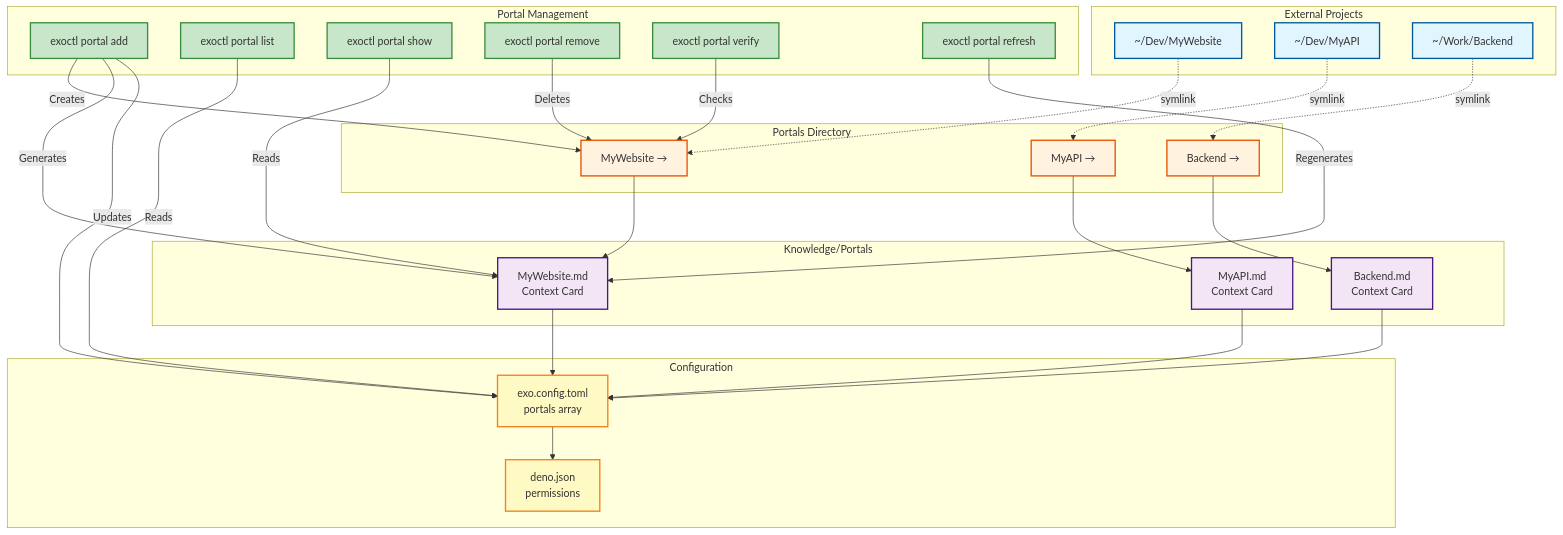
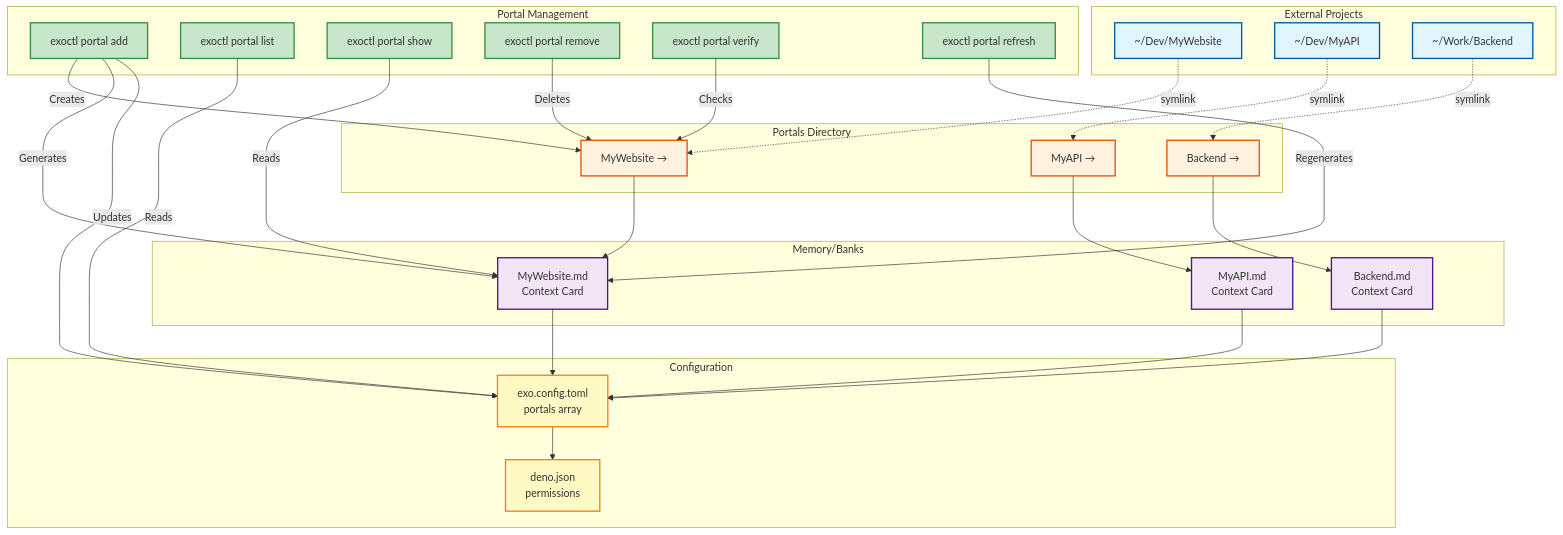
One commit to dostark/exoframe-public changed diagram 11 of 14 in docs/ExoFrame_Architecture.md. Above: the diagram before and after it, drawn with Mermaid. The commit also changed other lines of this file and 64 other files, not shown here.

First line of the commit message:
feat(memory): implement Phase 12 — Obsidian retirement & Memory Banks migration

````diff
--- a/docs/ExoFrame_Architecture.md
+++ b/docs/ExoFrame_Architecture.md
@@ -743,68 +743,68 @@
 ```mermaid
 graph TB
     subgraph External["External Projects"]
         Proj1[~/Dev/MyWebsite]
         Proj2[~/Dev/MyAPI]
         Proj3[~/Work/Backend]
     end
 
     subgraph Portals["Portals Directory"]
         Link1[MyWebsite →]
         Link2[MyAPI →]
         Link3[Backend →]
     end
 
-    subgraph Knowledge["Knowledge/Portals"]
+    subgraph Memory["Memory/Banks"]
         Card1[MyWebsite.md<br/>Context Card]
         Card2[MyAPI.md<br/>Context Card]
         Card3[Backend.md<br/>Context Card]
     end
 
     subgraph Config["Configuration"]
         TOML[exo.config.toml<br/>portals array]
         Deno[deno.json<br/>permissions]
     end
 
     subgraph CLI["Portal Management"]
         Add[exoctl portal add]
         List[exoctl portal list]
         Show[exoctl portal show]
         Remove[exoctl portal remove]
         Verify[exoctl portal verify]
         Refresh[exoctl portal refresh]
     end
 
     Proj1 -.symlink.-> Link1
     Proj2 -.symlink.-> Link2
     Proj3 -.symlink.-> Link3
 
     Link1 --> Card1
     Link2 --> Card2
     Link3 --> Card3
 
     Card1 --> TOML
     Card2 --> TOML
     Card3 --> TOML
     TOML --> Deno
 
     Add -->|Creates| Link1
     Add -->|Generates| Card1
     Add -->|Updates| TOML
     List -->|Reads| TOML
     Show -->|Reads| Card1
     Remove -->|Deletes| Link1
     Verify -->|Checks| Link1
     Refresh -->|Regenerates| Card1
 
     classDef external fill:#e1f5ff,stroke:#01579b,stroke-width:2px
     classDef portal fill:#fff3e0,stroke:#e65100,stroke-width:2px
-    classDef knowledge fill:#f3e5f5,stroke:#4a148c,stroke-width:2px
+    classDef memory fill:#f3e5f5,stroke:#4a148c,stroke-width:2px
     classDef config fill:#fff9c4,stroke:#f57f17,stroke-width:2px
     classDef cli fill:#c8e6c9,stroke:#388e3c,stroke-width:2px
 
     class Proj1,Proj2,Proj3 external
     class Link1,Link2,Link3 portal
-    class Card1,Card2,Card3 knowledge
+    class Card1,Card2,Card3 memory
     class TOML,Deno config
     class Add,List,Show,Remove,Verify,Refresh cli
 ```
````
